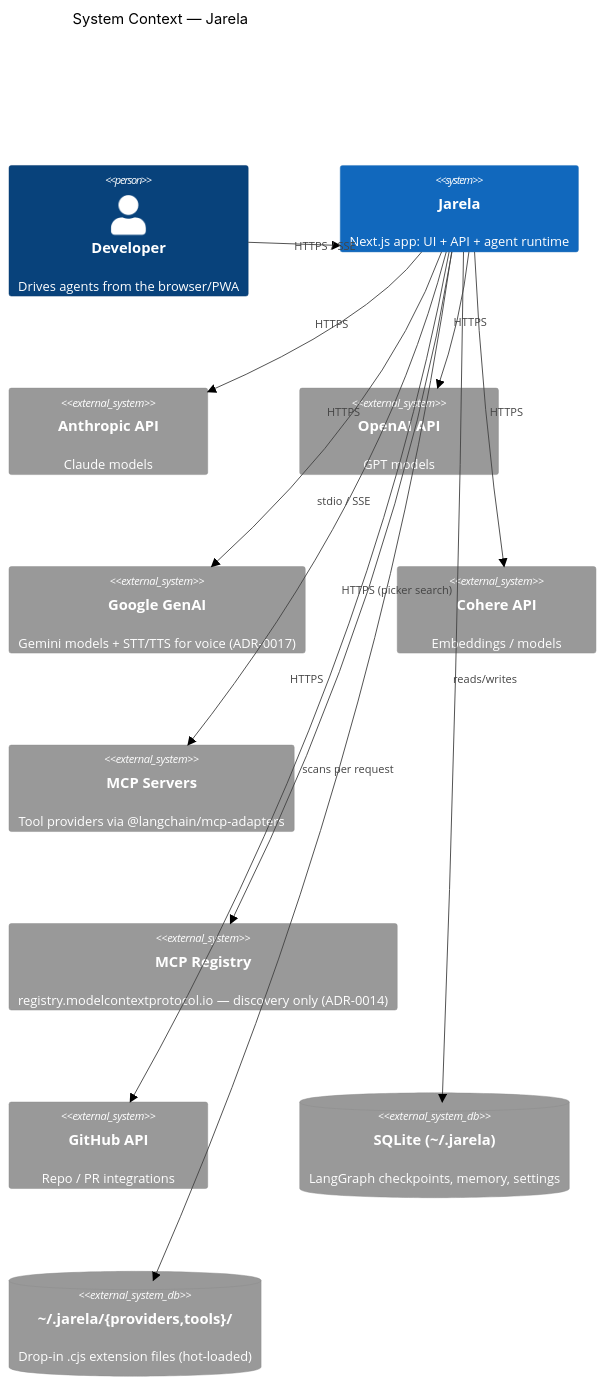
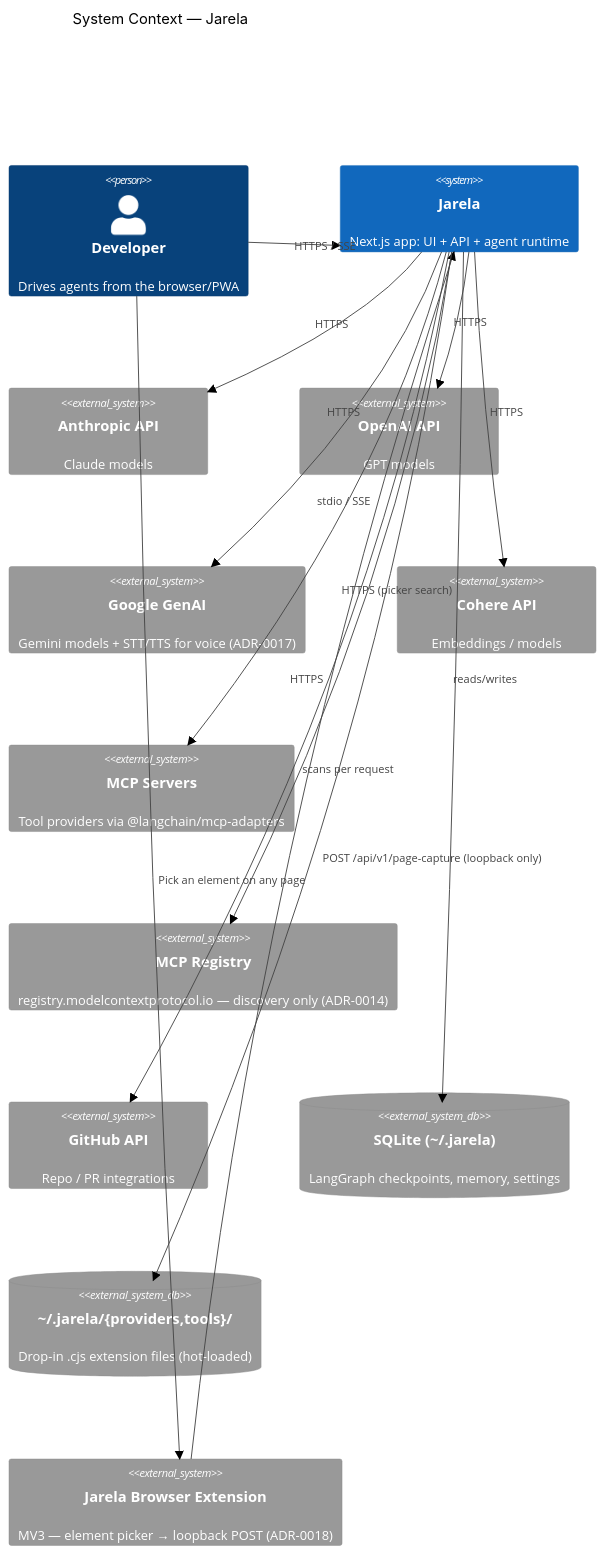
One commit to CircuitWall/jarela changed the diagram in README.md. Above: the diagram before and after it, drawn with Mermaid (neutral theme). The commit also changed other lines of this file and 9 other files, not shown here.

````diff
--- a/README.md
+++ b/README.md
@@ -535,26 +539,29 @@
 ```mermaid
 C4Context
     title System Context — Jarela
     Person(user, "Developer", "Drives agents from the browser/PWA")
     System(jarela, "Jarela", "Next.js app: UI + API + agent runtime")
     System_Ext(anthropic, "Anthropic API", "Claude models")
     System_Ext(openai, "OpenAI API", "GPT models")
     System_Ext(google, "Google GenAI", "Gemini models + STT/TTS for voice (ADR-0017)")
     System_Ext(cohere, "Cohere API", "Embeddings / models")
     System_Ext(mcp, "MCP Servers", "Tool providers via @langchain/mcp-adapters")
     System_Ext(mcpreg, "MCP Registry", "registry.modelcontextprotocol.io — discovery only (ADR-0014)")
     System_Ext(github, "GitHub API", "Repo / PR integrations")
     SystemDb_Ext(sqlite, "SQLite (~/.jarela)", "LangGraph checkpoints, memory, settings")
     SystemDb_Ext(extdir, "~/.jarela/{providers,tools}/", "Drop-in .cjs extension files (hot-loaded)")
+    System_Ext(browserext, "Jarela Browser Extension", "MV3 — element picker → loopback POST (ADR-0018)")
 
     Rel(user, jarela, "HTTPS / SSE")
+    Rel(user, browserext, "Pick an element on any page")
+    Rel(browserext, jarela, "POST /api/v1/page-capture (loopback only)")
     Rel(jarela, anthropic, "HTTPS")
     Rel(jarela, openai, "HTTPS")
     Rel(jarela, google, "HTTPS")
     Rel(jarela, cohere, "HTTPS")
     Rel(jarela, mcp, "stdio / SSE")
     Rel(jarela, mcpreg, "HTTPS (picker search)")
     Rel(jarela, github, "HTTPS")
     Rel(jarela, sqlite, "reads/writes")
     Rel(jarela, extdir, "scans per request")
 ```
````
